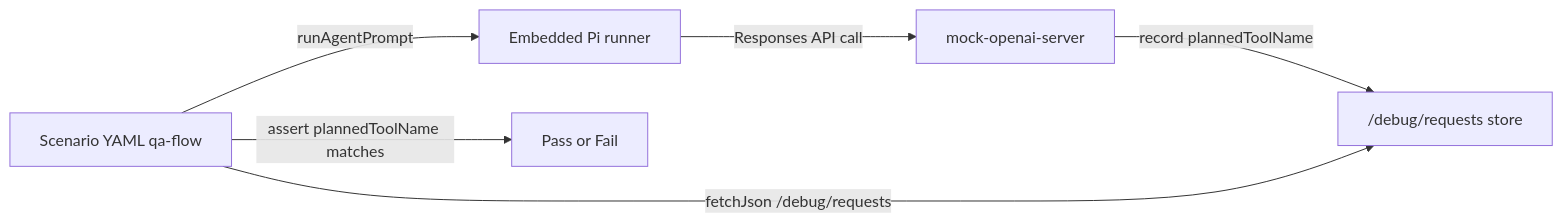
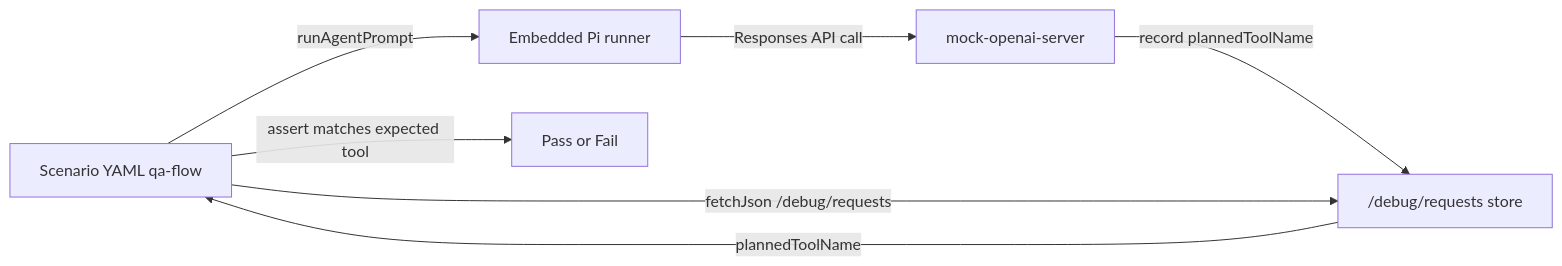
The fifth of 5 diagrams in docs/help/gpt54-codex-agentic-parity.md (openclaw/openclaw), drawn with Mermaid before and after one commit. The commit also changed other lines of this file and 1 other file, not shown here.

Commit message:
docs(parity): address PR M bot findings (program-status header, CLI flag, diagram cycles, PR M Does-not-own)

````diff
--- a/docs/help/gpt54-codex-agentic-parity.md
+++ b/docs/help/gpt54-codex-agentic-parity.md
@@ -207,8 +227,9 @@
 ```mermaid
 flowchart LR
-    A[Scenario YAML qa-flow] -- "runAgentPrompt" --> B[Embedded Pi runner]
-    B -- "Responses API call" --> C[mock-openai-server]
-    C -- "record plannedToolName" --> D["/debug/requests store"]
-    A -- "fetchJson /debug/requests" --> D
-    A -- "assert plannedToolName matches" --> E[Pass or Fail]
+    Scenario[Scenario YAML qa-flow] -- "runAgentPrompt" --> Runner[Embedded Pi runner]
+    Runner -- "Responses API call" --> Mock[mock-openai-server]
+    Mock -- "record plannedToolName" --> DebugStore["/debug/requests store"]
+    Scenario -- "fetchJson /debug/requests" --> DebugStore
+    DebugStore -- "plannedToolName" --> Scenario
+    Scenario -- "assert matches expected tool" --> Verdict[Pass or Fail]
 ```
````
